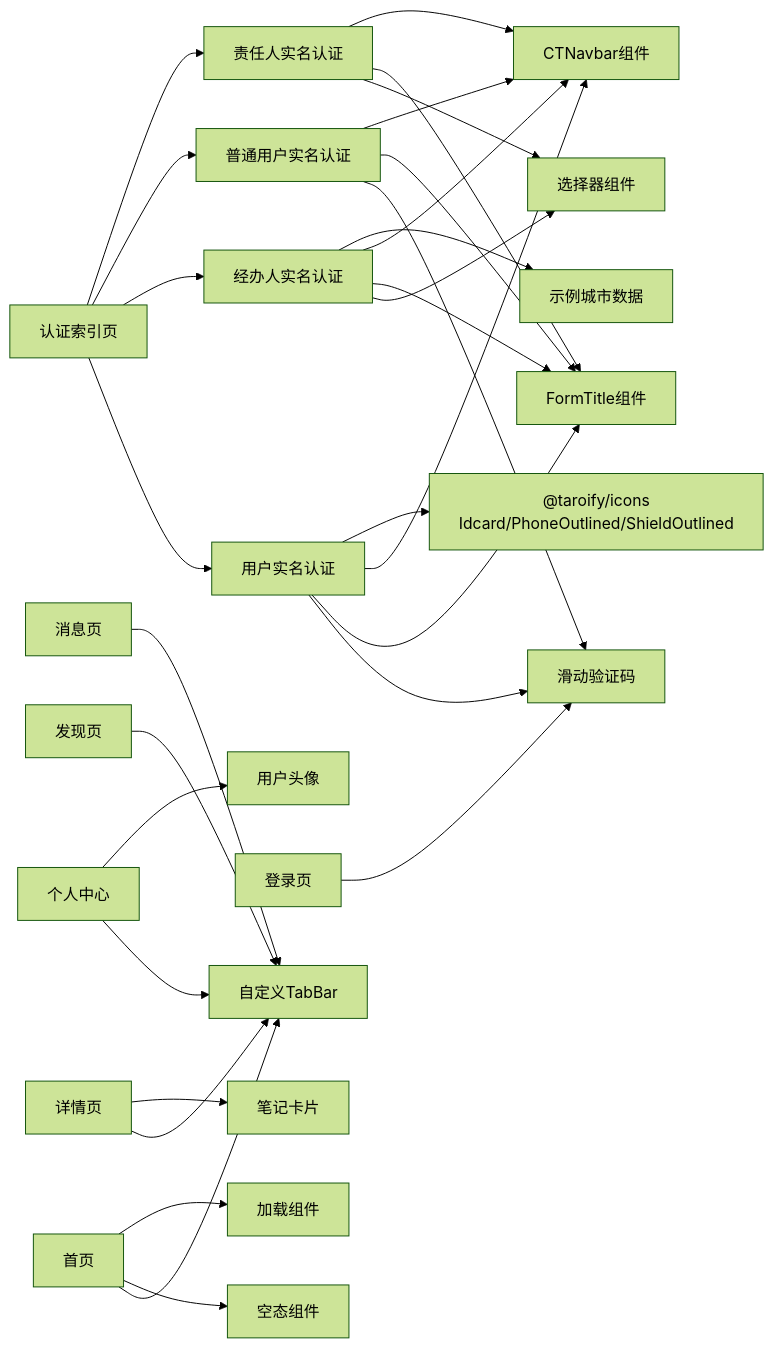
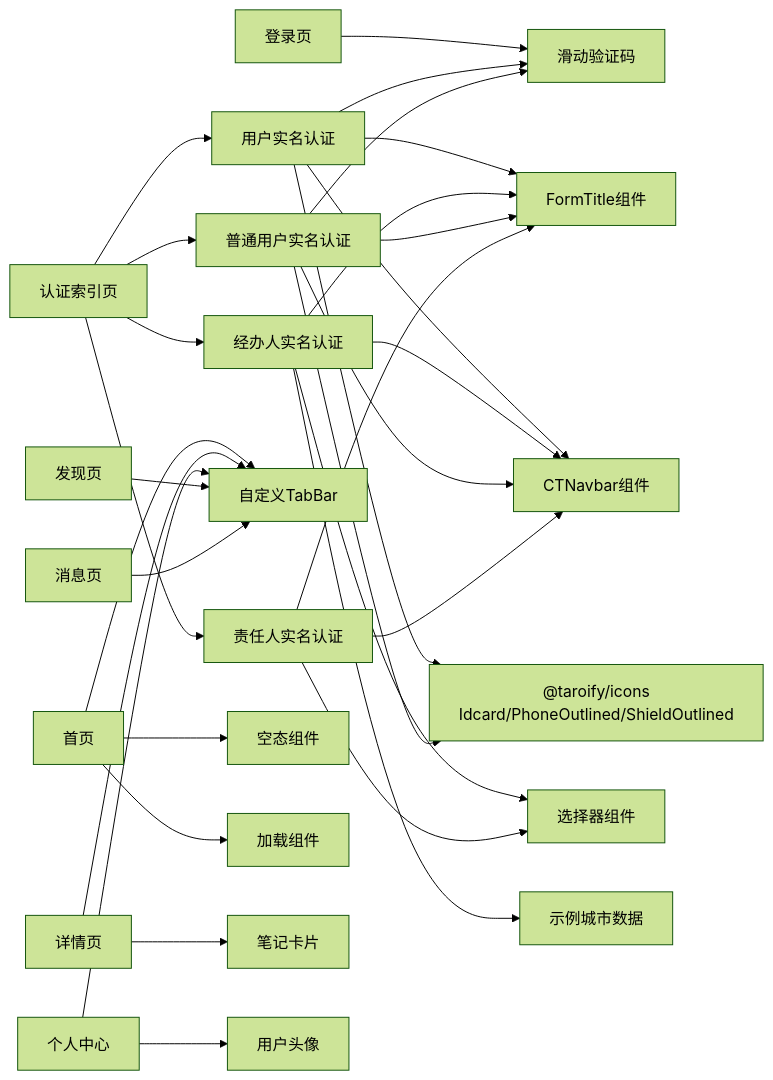
Before and after one commit to zuolinbao/redbook: diagram 14 of 14 in .qoder/repowiki/zh/content/页面组件.md, drawn with Mermaid (forest theme). The commit also changed other lines of this file and 46 other files, not shown here.

````diff
--- a/.qoder/repowiki/zh/content/页面组件.md
+++ b/.qoder/repowiki/zh/content/页面组件.md
@@ -642,31 +672,32 @@
 ```mermaid
 graph LR
 INDEX["认证索引页"] --> USERREALNAME["用户实名认证"]
 INDEX --> OPERATORREALNAME["经办人实名认证"]
 INDEX --> ORDINARYUSERREALNAME["普通用户实名认证"]
 INDEX --> RESPONSIBLEREALNAME["责任人实名认证"]
 HOME["首页"] --> TAB["自定义TabBar"]
 DETAIL["详情页"] --> TAB
 PROFILE["个人中心"] --> TAB
 DISCOVER["发现页"] --> TAB
 MESSAGE["消息页"] --> TAB
 LOGIN["登录页"] --> SLIDER["滑动验证码"]
 HOME --> EMPTY["空态组件"]
 HOME --> LOAD["加载组件"]
 DETAIL --> CARD["笔记卡片"]
 PROFILE --> AVA["用户头像"]
 USERREALNAME --> SLIDER
 USERREALNAME --> FORMTITLE["FormTitle组件"]
 USERREALNAME --> CTNAVBAR["CTNavbar组件"]
 USERREALNAME --> ICONS["@taroify/icons<br/>Idcard/PhoneOutlined/ShieldOutlined"]
 OPERATORREALNAME --> PICKER["选择器组件"]
 OPERATORREALNAME --> FORMTITLE
 OPERATORREALNAME --> CTNAVBAR
 OPERATORREALNAME --> SAMPLEDATA["示例城市数据"]
 ORDINARYUSERREALNAME --> SLIDER
 ORDINARYUSERREALNAME --> FORMTITLE
 ORDINARYUSERREALNAME --> CTNAVBAR
+ORDINARYUSERREALNAME --> ICONS["@taroify/icons<br/>Idcard/PhoneOutlined/ShieldOutlined"]
 RESPONSIBLEREALNAME --> PICKER
 RESPONSIBLEREALNAME --> FORMTITLE
 RESPONSIBLEREALNAME --> CTNAVBAR
 ```
````
